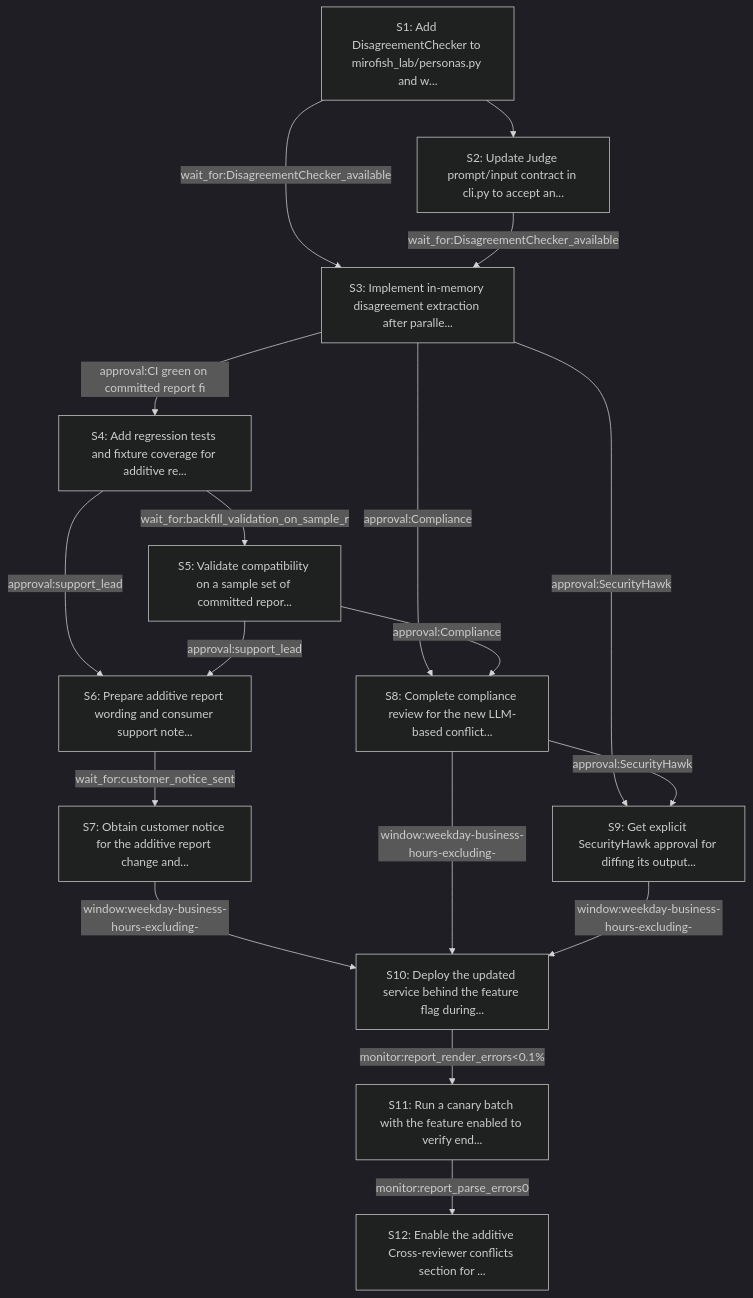
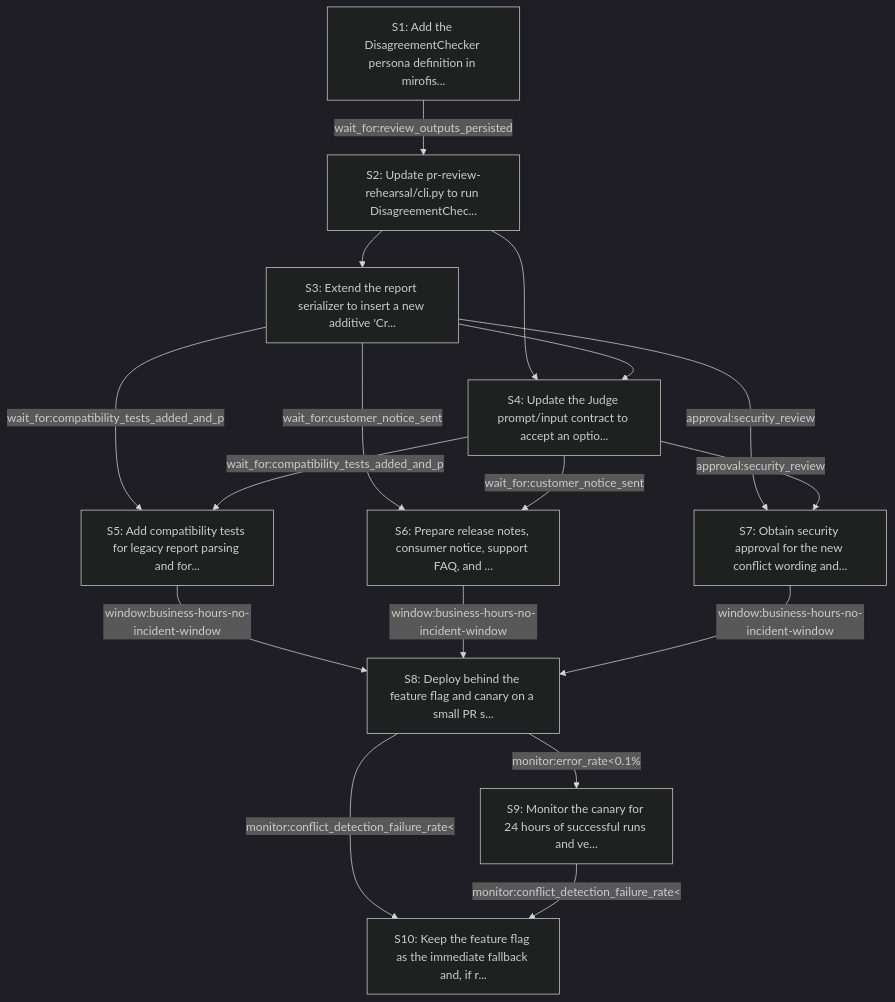
Before and after one commit to N3mes1s/Playground: the diagram in rollout-rehearsal/reports/intent_pr_review_disagreement_detector.md, drawn with Mermaid (dark theme). The commit also changed other lines of this file and 28 other files, not shown here.

First line of the commit message:
Investigate rollout-rehearsal rigorously: fix conflict-suppression bug

````diff
--- a/rollout-rehearsal/reports/intent_pr_review_disagreement_detector.md
+++ b/rollout-rehearsal/reports/intent_pr_review_disagreement_detector.md
@@ -59,32 +57,29 @@
 ```mermaid
 flowchart TD
-    S1["S1: Add DisagreementChecker to mirofish_lab/personas.py and w..."]
-    S2["S2: Update Judge prompt/input contract in cli.py to accept an..."]
-    S1 --> S2
-    S3["S3: Implement in-memory disagreement extraction after paralle..."]
-    S1 -->|wait_for:DisagreementChecker_available| S3
-    S2 -->|wait_for:DisagreementChecker_available| S3
-    S4["S4: Add regression tests and fixture coverage for additive re..."]
-    S3 -->|approval:CI green on committed report fi| S4
-    S5["S5: Validate compatibility on a sample set of committed repor..."]
-    S4 -->|wait_for:backfill_validation_on_sample_r| S5
-    S6["S6: Prepare additive report wording and consumer support note..."]
-    S4 -->|approval:support_lead| S6
-    S5 -->|approval:support_lead| S6
-    S7["S7: Obtain customer notice for the additive report change and..."]
-    S6 -->|wait_for:customer_notice_sent| S7
-    S8["S8: Complete compliance review for the new LLM-based conflict..."]
-    S3 -->|approval:Compliance| S8
-    S5 -->|approval:Compliance| S8
-    S9["S9: Get explicit SecurityHawk approval for diffing its output..."]
-    S3 -->|approval:SecurityHawk| S9
-    S8 -->|approval:SecurityHawk| S9
-    S10["S10: Deploy the updated service behind the feature flag during..."]
-    S7 -->|window:weekday-business-hours-excluding-| S10
-    S8 -->|window:weekday-business-hours-excluding-| S10
-    S9 -->|window:weekday-business-hours-excluding-| S10
-    S11["S11: Run a canary batch with the feature enabled to verify end..."]
-    S10 -->|monitor:report_render_errors<0.1%| S11
-    S12["S12: Enable the additive Cross-reviewer conflicts section for ..."]
-    S11 -->|monitor:report_parse_errors0| S12
+    S1["S1: Add the DisagreementChecker persona definition in mirofis..."]
+    S2["S2: Update pr-review-rehearsal/cli.py to run DisagreementChec..."]
+    S1 -->|wait_for:review_outputs_persisted| S2
+    S3["S3: Extend the report serializer to insert a new additive 'Cr..."]
+    S2 --> S3
+    S4["S4: Update the Judge prompt/input contract to accept an optio..."]
+    S2 --> S4
+    S3 --> S4
+    S5["S5: Add compatibility tests for legacy report parsing and for..."]
+    S3 -->|wait_for:compatibility_tests_added_and_p| S5
+    S4 -->|wait_for:compatibility_tests_added_and_p| S5
+    S6["S6: Prepare release notes, consumer notice, support FAQ, and ..."]
+    S3 -->|wait_for:customer_notice_sent| S6
+    S4 -->|wait_for:customer_notice_sent| S6
+    S7["S7: Obtain security approval for the new conflict wording and..."]
+    S3 -->|approval:security_review| S7
+    S4 -->|approval:security_review| S7
+    S8["S8: Deploy behind the feature flag and canary on a small PR s..."]
+    S5 -->|window:business-hours-no-incident-window| S8
+    S6 -->|window:business-hours-no-incident-window| S8
+    S7 -->|window:business-hours-no-incident-window| S8
+    S9["S9: Monitor the canary for 24 hours of successful runs and ve..."]
+    S8 -->|monitor:error_rate<0.1%| S9
+    S10["S10: Keep the feature flag as the immediate fallback and, if r..."]
+    S8 -->|monitor:conflict_detection_failure_rate<| S10
+    S9 -->|monitor:conflict_detection_failure_rate<| S10
 ```
````
